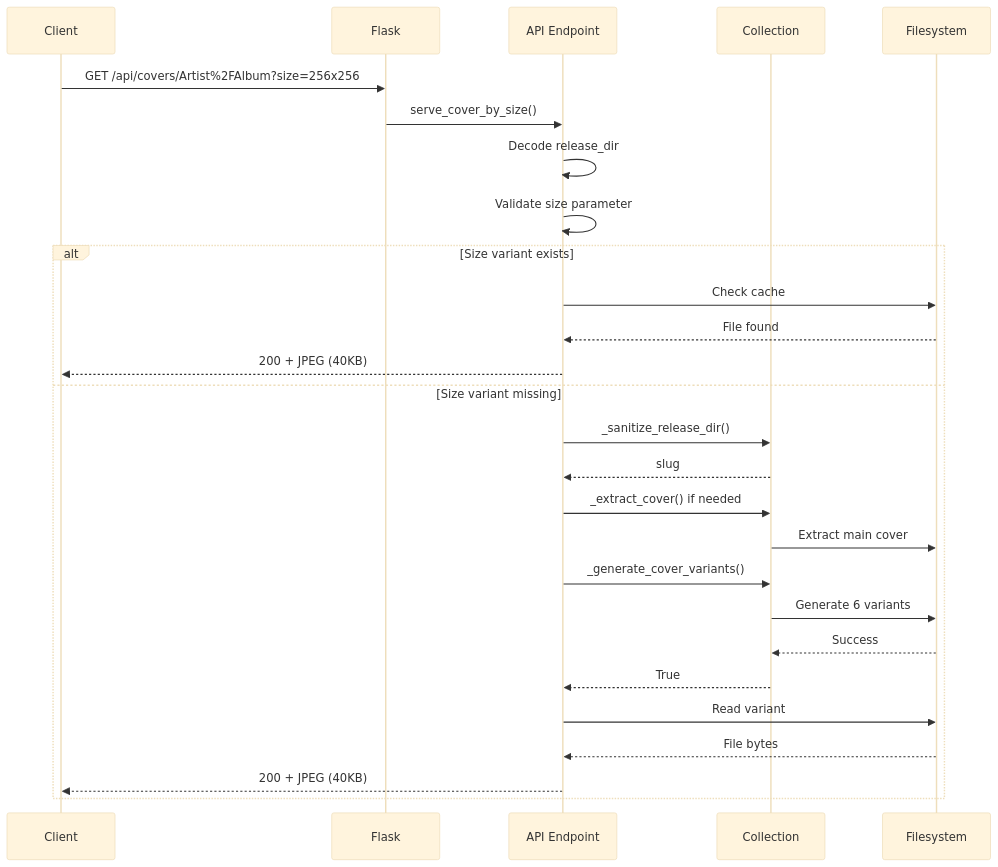
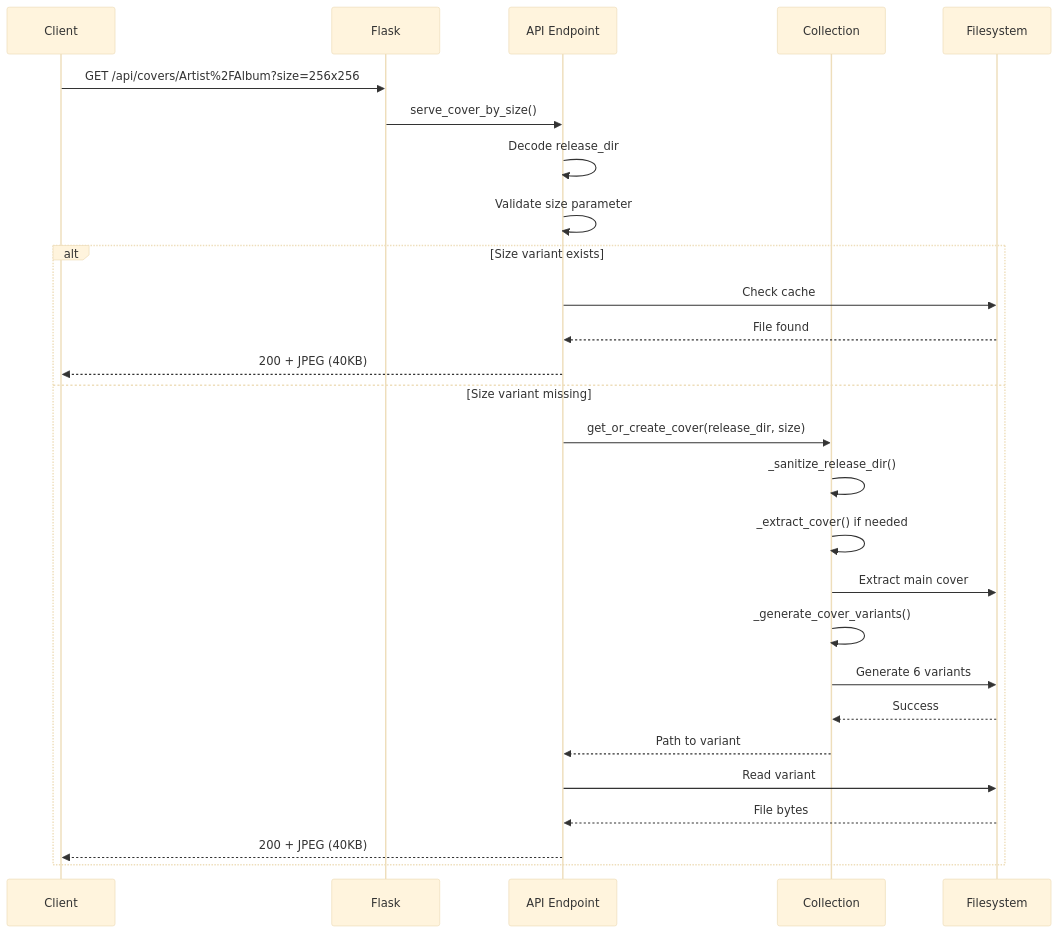
One commit to mark-me/mixtape-society changed the diagram in docs/development/device-integration/android-auto/backend.md. Above: the diagram before and after it, drawn with Mermaid (base theme). The commit also changed other lines of this file and 13 other files, not shown here.

````diff
--- a/docs/development/device-integration/android-auto/backend.md
+++ b/docs/development/device-integration/android-auto/backend.md
@@ -263,31 +240,31 @@
 ```mermaid
 sequenceDiagram
     participant Client
     participant Flask
     participant API Endpoint
     participant Collection
     participant Filesystem
 
     Client->>Flask: GET /api/covers/Artist%2FAlbum?size=256x256
     Flask->>API Endpoint: serve_cover_by_size()
     API Endpoint->>API Endpoint: Decode release_dir
     API Endpoint->>API Endpoint: Validate size parameter
 
     alt Size variant exists
         API Endpoint->>Filesystem: Check cache
         Filesystem-->>API Endpoint: File found
         API Endpoint-->>Client: 200 + JPEG (40KB)
     else Size variant missing
-        API Endpoint->>Collection: _sanitize_release_dir()
-        Collection-->>API Endpoint: slug
-        API Endpoint->>Collection: _extract_cover() if needed
+        API Endpoint->>Collection: get_or_create_cover(release_dir, size)
+        Collection->>Collection: _sanitize_release_dir()
+        Collection->>Collection: _extract_cover() if needed
         Collection->>Filesystem: Extract main cover
-        API Endpoint->>Collection: _generate_cover_variants()
+        Collection->>Collection: _generate_cover_variants()
         Collection->>Filesystem: Generate 6 variants
         Filesystem-->>Collection: Success
-        Collection-->>API Endpoint: True
+        Collection-->>API Endpoint: Path to variant
         API Endpoint->>Filesystem: Read variant
         Filesystem-->>API Endpoint: File bytes
         API Endpoint-->>Client: 200 + JPEG (40KB)
     end
 ```
````
